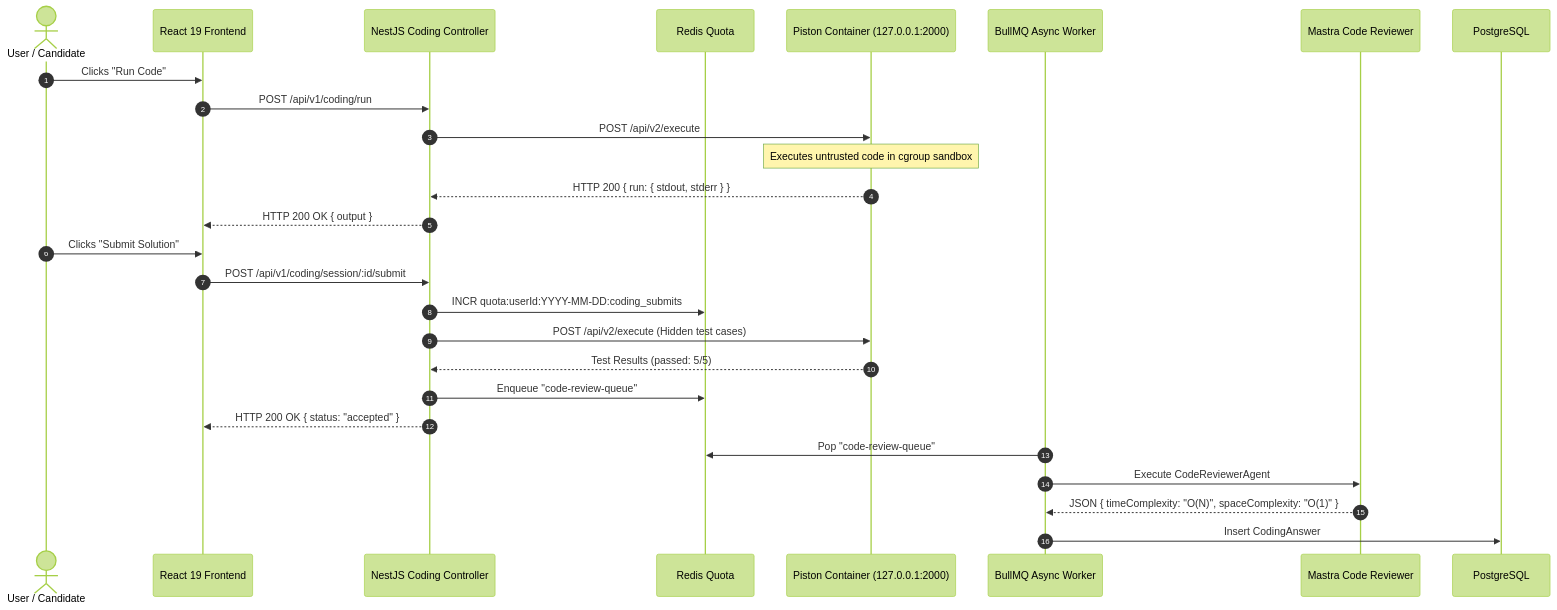
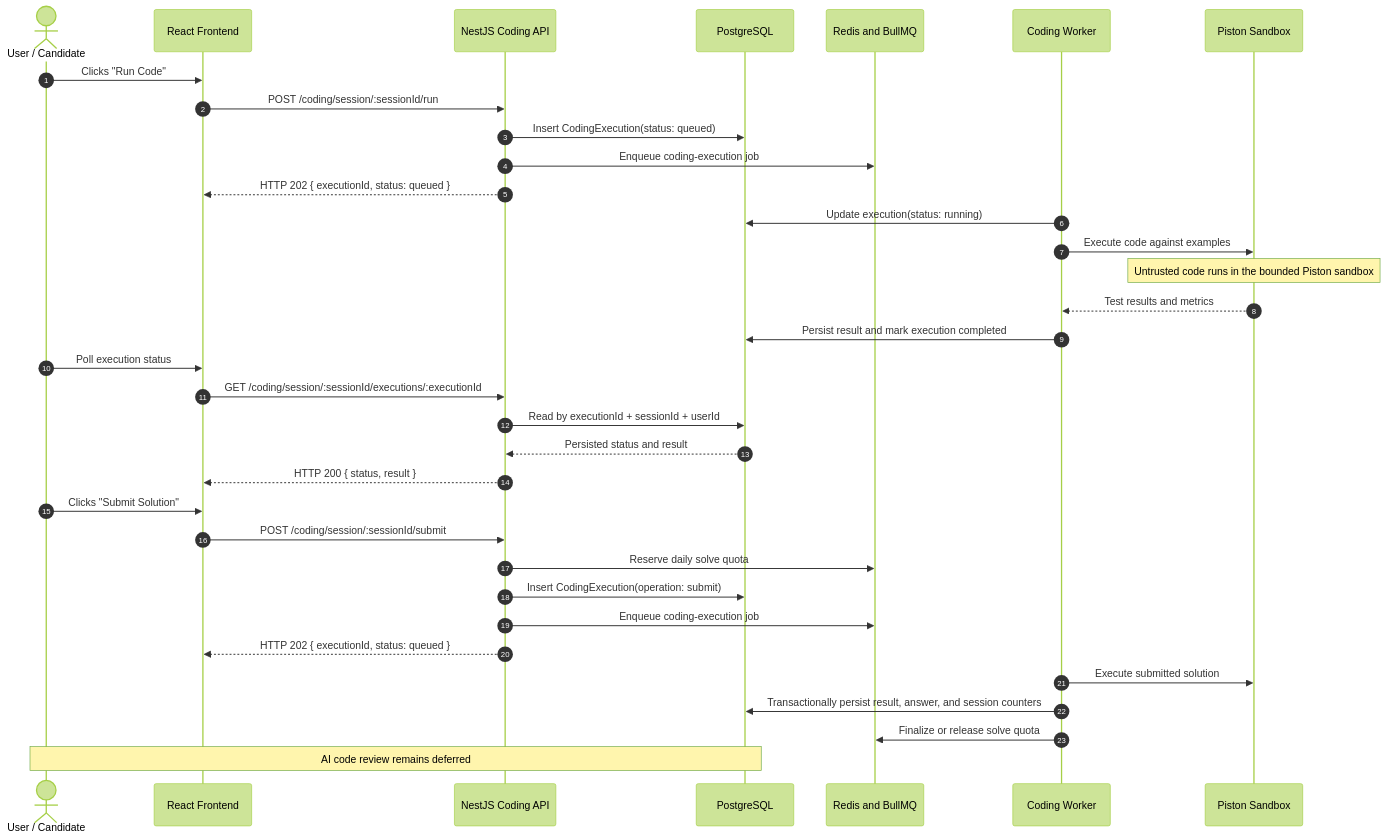
Before and after one commit to binarybuddiesdev-wq/PREP-AI: the diagram in docs/architecture/diagrams/seq-03-piston-sandbox.mmd, drawn with Mermaid (forest theme). The commit also changed 28 other files, not shown here.

Commit message:
feat(server): persist coding execution lifecycle

```diff
--- a/docs/architecture/diagrams/seq-03-piston-sandbox.mmd
+++ b/docs/architecture/diagrams/seq-03-piston-sandbox.mmd
@@ -1,33 +1,41 @@
 %% Sequence Flow 3 — Sandboxed Code Execution & AI Code Review
 
 sequenceDiagram
     autonumber
     actor Candidate as User / Candidate
-    participant SPA as React 19 Frontend
-    participant API as NestJS Coding Controller
-    participant Redis as Redis Quota
-    participant Piston as Piston Container (127.0.0.1:2000)
-    participant Worker as BullMQ Async Worker
-    participant Mastra as Mastra Code Reviewer
+    participant SPA as React Frontend
+    participant API as NestJS Coding API
     participant PG as PostgreSQL
+    participant Redis as Redis and BullMQ
+    participant Worker as Coding Worker
+    participant Piston as Piston Sandbox
 
     Candidate->>SPA: Clicks "Run Code"
-    SPA->>API: POST /api/v1/coding/run
-    API->>Piston: POST /api/v2/execute
-    Note over Piston: Executes untrusted code in cgroup sandbox
-    Piston-->>API: HTTP 200 { run: { stdout, stderr } }
-    API-->>SPA: HTTP 200 OK { output }
+    SPA->>API: POST /coding/session/:sessionId/run
+    API->>PG: Insert CodingExecution(status: queued)
+    API->>Redis: Enqueue coding-execution job
+    API-->>SPA: HTTP 202 { executionId, status: queued }
+
+    Worker->>PG: Update execution(status: running)
+    Worker->>Piston: Execute code against examples
+    Note over Piston: Untrusted code runs in the bounded Piston sandbox
+    Piston-->>Worker: Test results and metrics
+    Worker->>PG: Persist result and mark execution completed
+
+    Candidate->>SPA: Poll execution status
+    SPA->>API: GET /coding/session/:sessionId/executions/:executionId
+    API->>PG: Read by executionId + sessionId + userId
+    PG-->>API: Persisted status and result
+    API-->>SPA: HTTP 200 { status, result }
 
     Candidate->>SPA: Clicks "Submit Solution"
-    SPA->>API: POST /api/v1/coding/session/:id/submit
-    API->>Redis: INCR quota:userId:YYYY-MM-DD:coding_submits
-    API->>Piston: POST /api/v2/execute (Hidden test cases)
-    Piston-->>API: Test Results (passed: 5/5)
+    SPA->>API: POST /coding/session/:sessionId/submit
+    API->>Redis: Reserve daily solve quota
+    API->>PG: Insert CodingExecution(operation: submit)
+    API->>Redis: Enqueue coding-execution job
+    API-->>SPA: HTTP 202 { executionId, status: queued }
+    Worker->>Piston: Execute submitted solution
+    Worker->>PG: Transactionally persist result, answer, and session counters
+    Worker->>Redis: Finalize or release solve quota
 
-    API->>Redis: Enqueue "code-review-queue"
-    API-->>SPA: HTTP 200 OK { status: "accepted" }
-
-    Worker->>Redis: Pop "code-review-queue"
-    Worker->>Mastra: Execute CodeReviewerAgent
-    Mastra-->>Worker: JSON { timeComplexity: "O(N)", spaceComplexity: "O(1)" }
-    Worker->>PG: Insert CodingAnswer
+    Note over Candidate,PG: AI code review remains deferred
```
